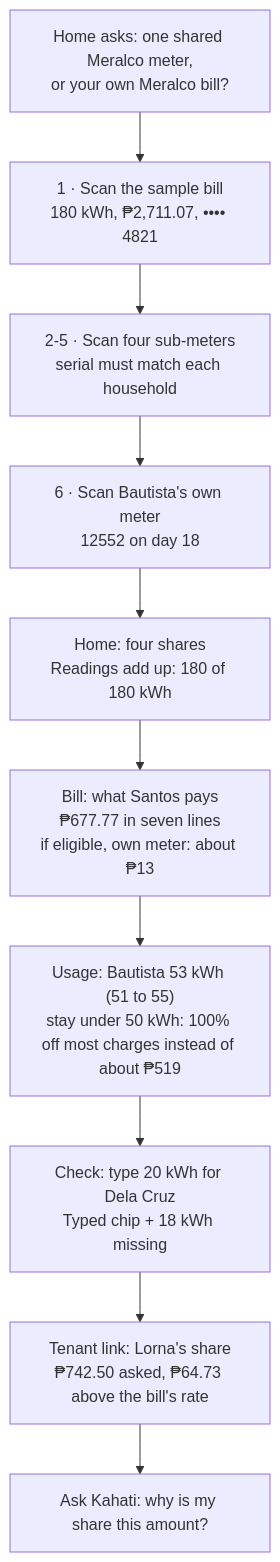
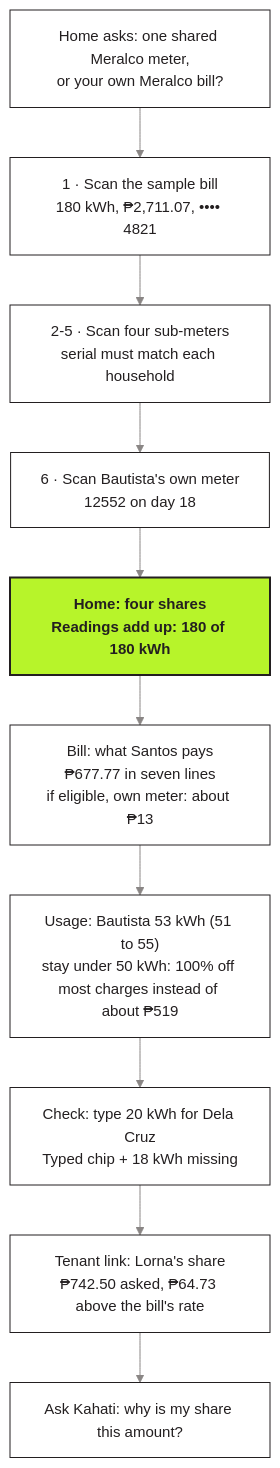
One commit to msmeralco/TeamNewYorkStylePizza changed the third of 8 diagrams in README.md. Above: the diagram before and after it, drawn with Mermaid. The commit also changed other lines of this file and 1 other file, not shown here.

Commit message:
README diagrams in Kahati branding: white nodes, dark grey text, one lime key node, Inter Tight

````diff
--- a/README.md
+++ b/README.md
@@ -72,12 +78,15 @@
 ```mermaid
+%%{init: {'theme': 'base', 'themeVariables': {'fontFamily': 'Inter Tight, Inter, Segoe UI, Arial', 'fontSize': '15px', 'primaryColor': '#FFFFFF', 'primaryTextColor': '#231F20', 'primaryBorderColor': '#231F20', 'secondaryColor': '#F5F4F1', 'tertiaryColor': '#F5F4F1', 'lineColor': '#8A8685', 'textColor': '#231F20', 'clusterBkg': '#F5F4F1', 'clusterBorder': '#BDBAB8', 'edgeLabelBackground': '#F5F4F1', 'actorBkg': '#FFFFFF', 'actorBorder': '#231F20', 'actorTextColor': '#231F20', 'actorLineColor': '#8A8685', 'signalColor': '#5C5859', 'signalTextColor': '#231F20', 'noteBkgColor': '#B7F42A', 'noteTextColor': '#231F20', 'noteBorderColor': '#7A9F1B', 'labelBoxBkgColor': '#F5F4F1', 'labelBoxBorderColor': '#BDBAB8', 'loopTextColor': '#231F20'}}}%%
 flowchart TD
     S0["Home asks: one shared Meralco meter,<br/>or your own Meralco bill?"] --> S1
     S1["1 · Scan the sample bill<br/>180 kWh, ₱2,711.07, •••• 4821"] --> S2["2-5 · Scan four sub-meters<br/>serial must match each household"]
     S2 --> S6["6 · Scan Bautista's own meter<br/>12552 on day 18"]
     S6 --> H["Home: four shares<br/>Readings add up: 180 of 180 kWh"]
     H --> BL["Bill: what Santos pays<br/>₱677.77 in seven lines<br/>if eligible, own meter: about ₱13"]
     BL --> U["Usage: Bautista 53 kWh (51 to 55)<br/>stay under 50 kWh: 100% off most charges instead of about ₱519"]
     U --> C["Check: type 20 kWh for Dela Cruz<br/>Typed chip + 18 kWh missing"]
     C --> T["Tenant link: Lorna's share<br/>₱742.50 asked, ₱64.73 above the bill's rate"]
     T --> Q["Ask Kahati: why is my share this amount?"]
+    classDef key fill:#B7F42A,stroke:#231F20,stroke-width:2px,color:#231F20,font-weight:bold
+    class H key
 ```
````
